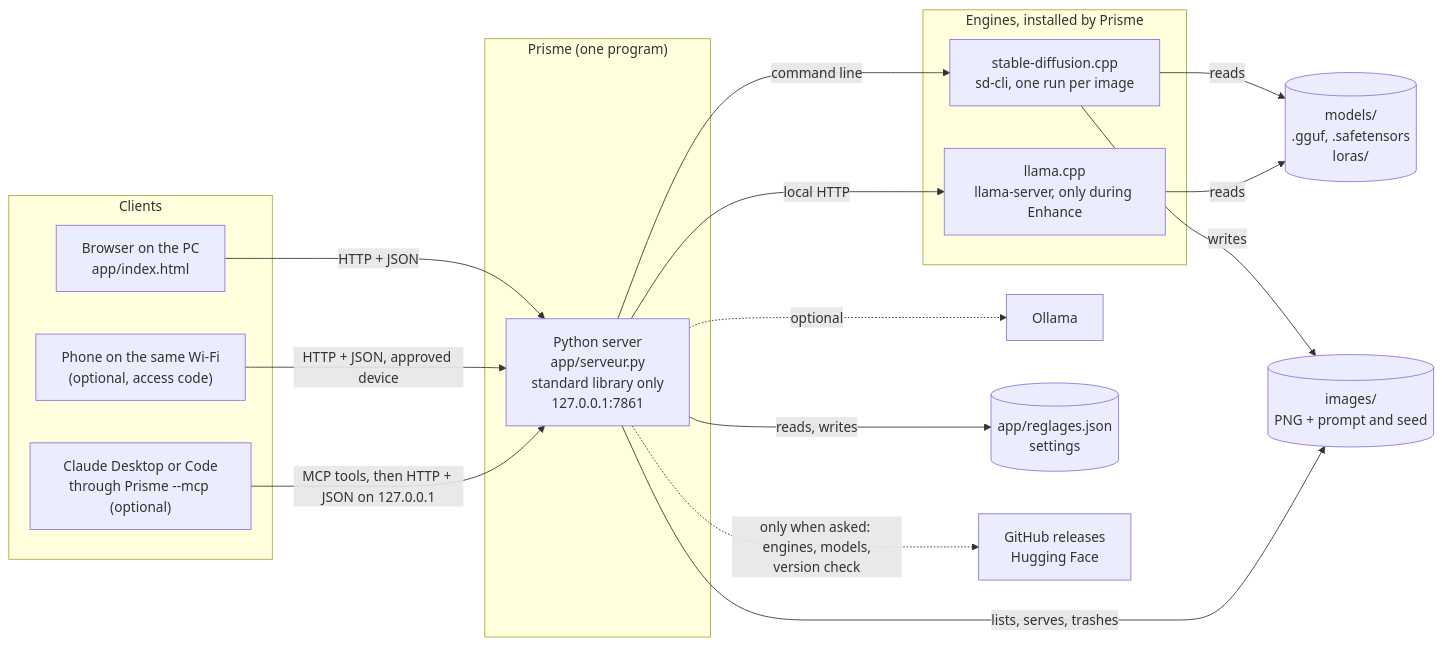
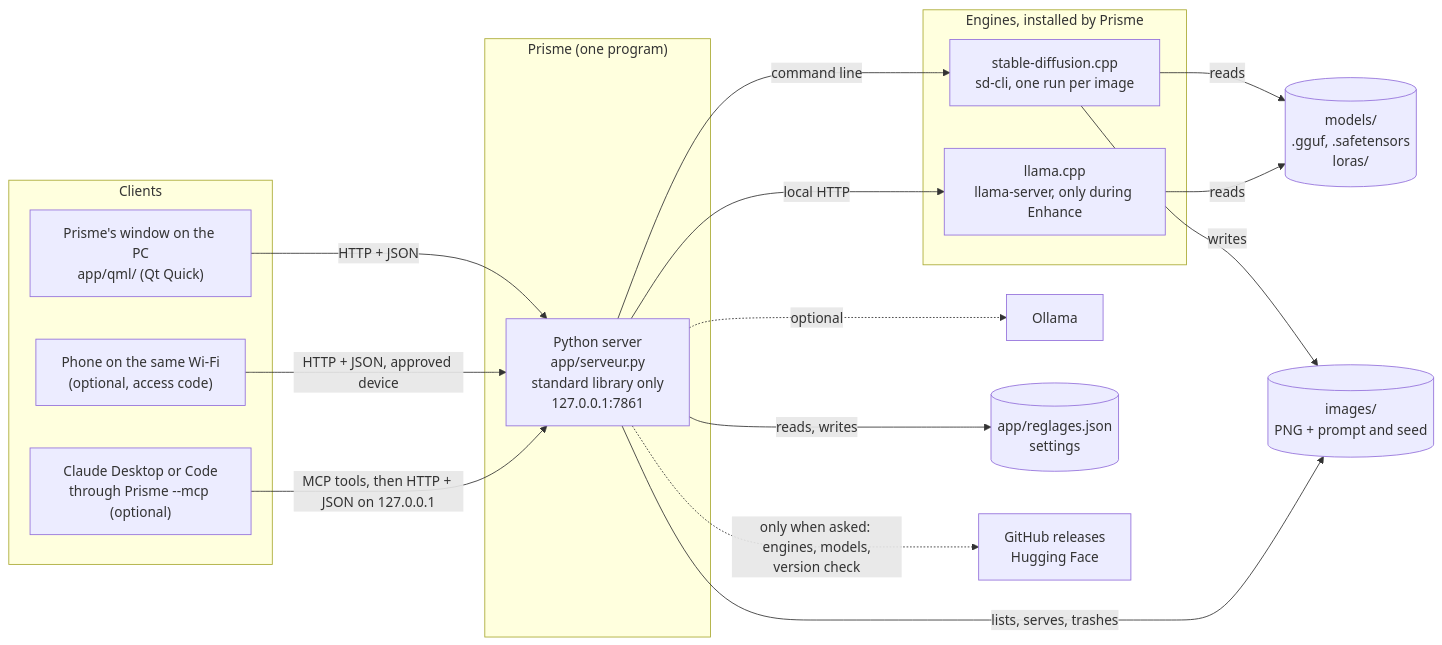
One commit to d3Ita/prisme changed the diagram in docs/architecture.md. Above: the diagram before and after it, drawn with Mermaid. The commit also changed other lines of this file and 6 other files, not shown here.

````diff
--- a/docs/architecture.md
+++ b/docs/architecture.md
@@ -9,35 +9,35 @@
 ```mermaid
 flowchart LR
     subgraph Clients
-        PC["Browser on the PC<br/>app/index.html"]
+        PC["Prisme's window on the PC<br/>app/qml/ (Qt Quick)"]
         TEL["Phone on the same Wi-Fi<br/>(optional, access code)"]
         CLA["Claude Desktop or Code<br/>through Prisme --mcp (optional)"]
     end
 
     subgraph Prisme["Prisme (one program)"]
         SRV["Python server<br/>app/serveur.py<br/>standard library only<br/>127.0.0.1:7861"]
     end
 
     subgraph Moteurs["Engines, installed by Prisme"]
         SD["stable-diffusion.cpp<br/>sd-cli, one run per image"]
         LL["llama.cpp<br/>llama-server, only during Enhance"]
     end
 
     PC -- "HTTP + JSON" --> SRV
     TEL -- "HTTP + JSON, approved device" --> SRV
     CLA -- "MCP tools, then HTTP + JSON on 127.0.0.1" --> SRV
     SRV -- "command line" --> SD
     SRV -- "local HTTP" --> LL
     SRV -. "optional" .-> OLL["Ollama"]
 
     MOD[("models/<br/>.gguf, .safetensors<br/>loras/")]
     IMG[("images/<br/>PNG + prompt and seed")]
     REG[("app/reglages.json<br/>settings")]
 
     SD -- "reads" --> MOD
     LL -- "reads" --> MOD
     SD -- "writes" --> IMG
     SRV -- "lists, serves, trashes" --> IMG
     SRV -- "reads, writes" --> REG
     SRV -. "only when asked: engines, models,<br/>version check" .-> NET["GitHub releases<br/>Hugging Face"]
 ```
````
